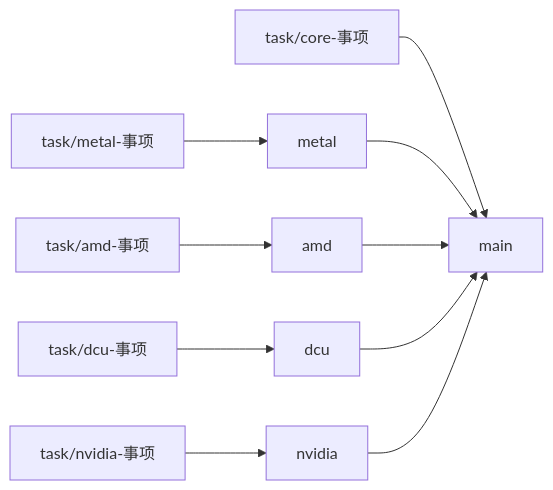
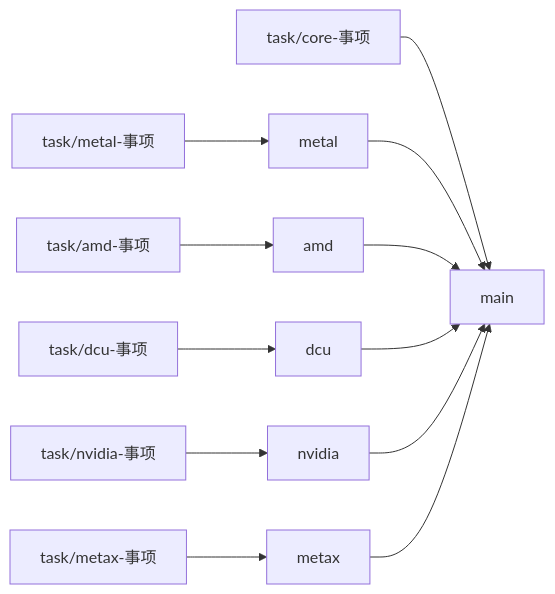
One commit to qhy991/open-cake-ir changed the diagram in docs/DEVELOPMENT_BRANCHES.md. Above: the diagram before and after it, drawn with Mermaid. The commit also changed other lines of this file and 7 other files, not shown here.

````diff
--- a/docs/DEVELOPMENT_BRANCHES.md
+++ b/docs/DEVELOPMENT_BRANCHES.md
@@ -30,12 +31,14 @@
 ```mermaid
 flowchart LR
     TM["task/metal-事项"] --> M[metal]
     TA["task/amd-事项"] --> A[amd]
     TD["task/dcu-事项"] --> D[dcu]
     TN["task/nvidia-事项"] --> N[nvidia]
+    TX["task/metax-事项"] --> X[metax]
     TC["task/core-事项"] --> MAIN[main]
     M --> MAIN
     A --> MAIN
     D --> MAIN
     N --> MAIN
+    X --> MAIN
 ```
````
